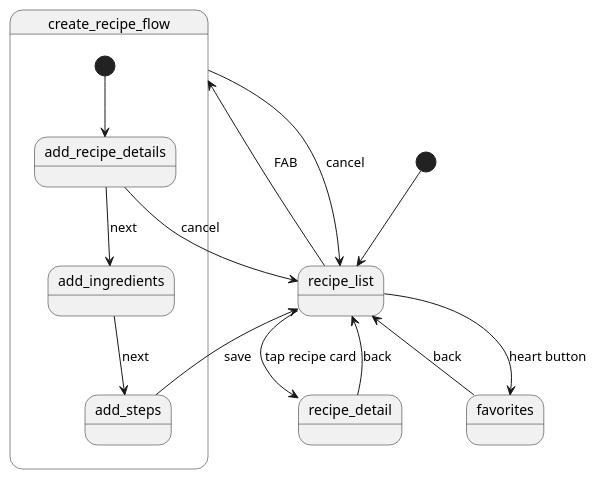
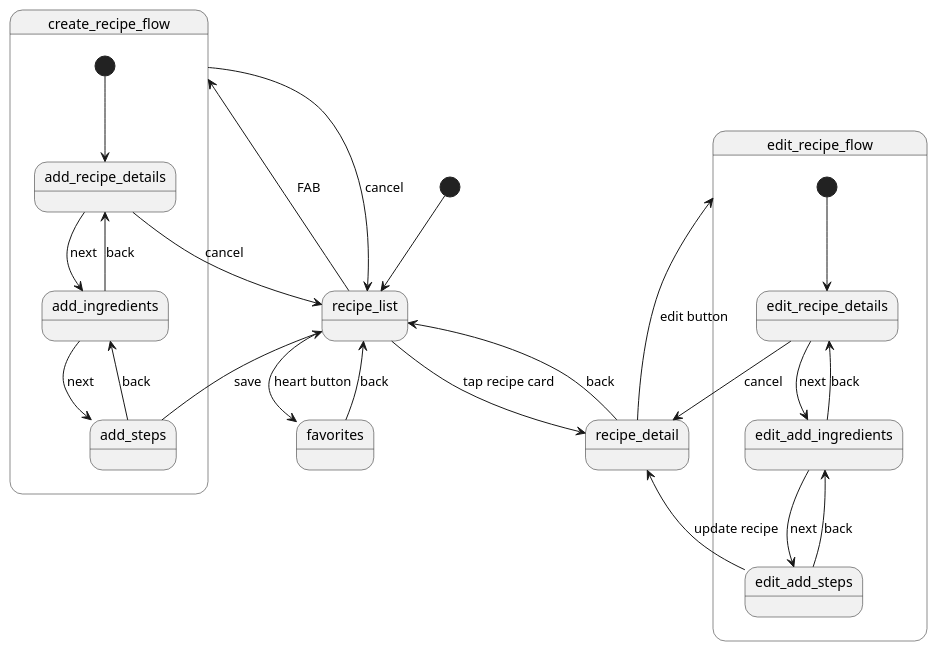
Before and after one commit to OmiShrestha/w-cooking-recipe: the first of 2 diagrams in README.md, drawn with PlantUML. The commit also changed 1 other file, not shown here.

Commit message:
edit nav graph in README

````diff
--- a/README.md
+++ b/README.md
@@ -42,22 +42,41 @@
 ```plantuml
 @startuml
 [*] --> recipe_list
 
 recipe_list --> favorites : heart button
 recipe_list --> recipe_detail : tap recipe card
 
 state "create_recipe_flow" as CreateFlow {
     [*] --> add_recipe_details
+    add_ingredients --> add_steps : next
+
+    add_ingredients --> add_recipe_details : back
     add_recipe_details --> add_ingredients : next
-    add_ingredients --> add_steps : next
+
+    add_steps --> add_ingredients : back
+
 }
+state "edit_recipe_flow" as EditFLow {
+    [*] --> edit_recipe_details
+    edit_add_ingredients --> edit_add_steps : next
+    edit_recipe_details --> edit_add_ingredients : next
+
+    edit_add_ingredients -->edit_recipe_details : back
+
+    edit_add_steps --> edit_add_ingredients : back
+    edit_add_steps --> recipe_detail : update recipe
+    edit_recipe_details --> recipe_detail : cancel
+
+}
+
+recipe_detail --> EditFLow : edit button
 
 recipe_list --> CreateFlow : FAB
 add_recipe_details --> recipe_list : cancel
 CreateFlow --> recipe_list : cancel
 add_steps --> recipe_list : save
 
 favorites --> recipe_list : back
 recipe_detail --> recipe_list : back
 @enduml
 ```
````
